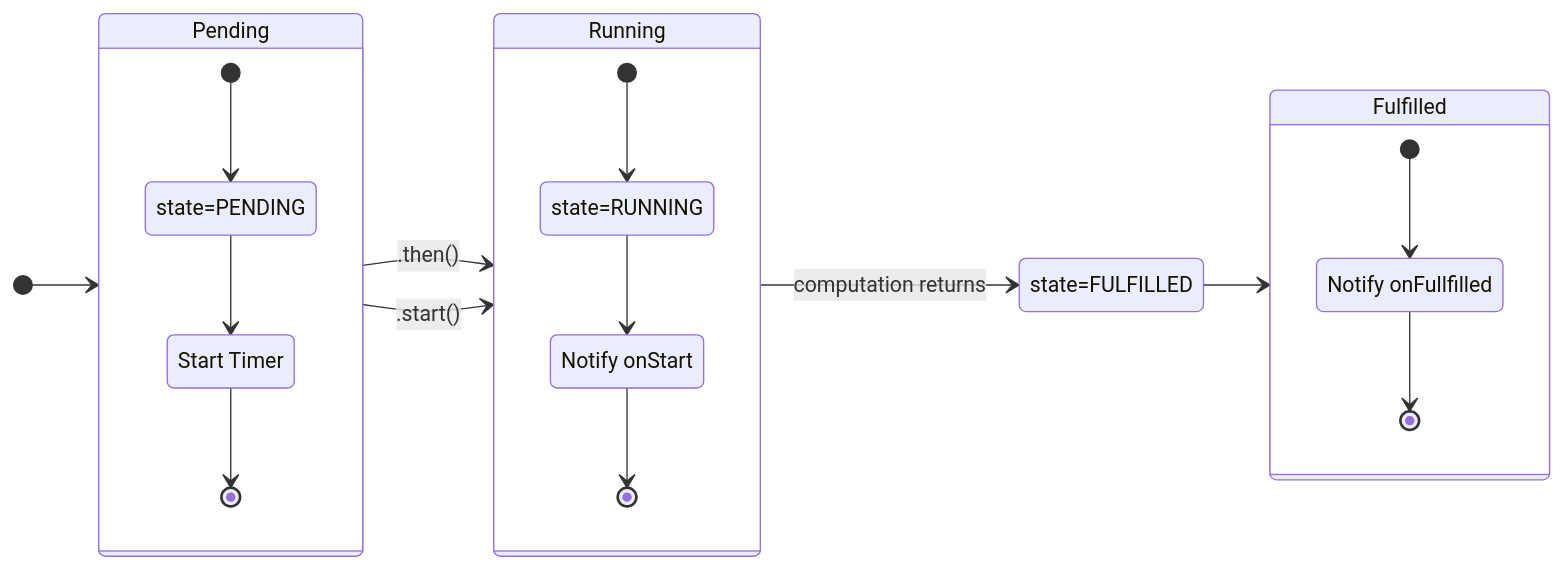
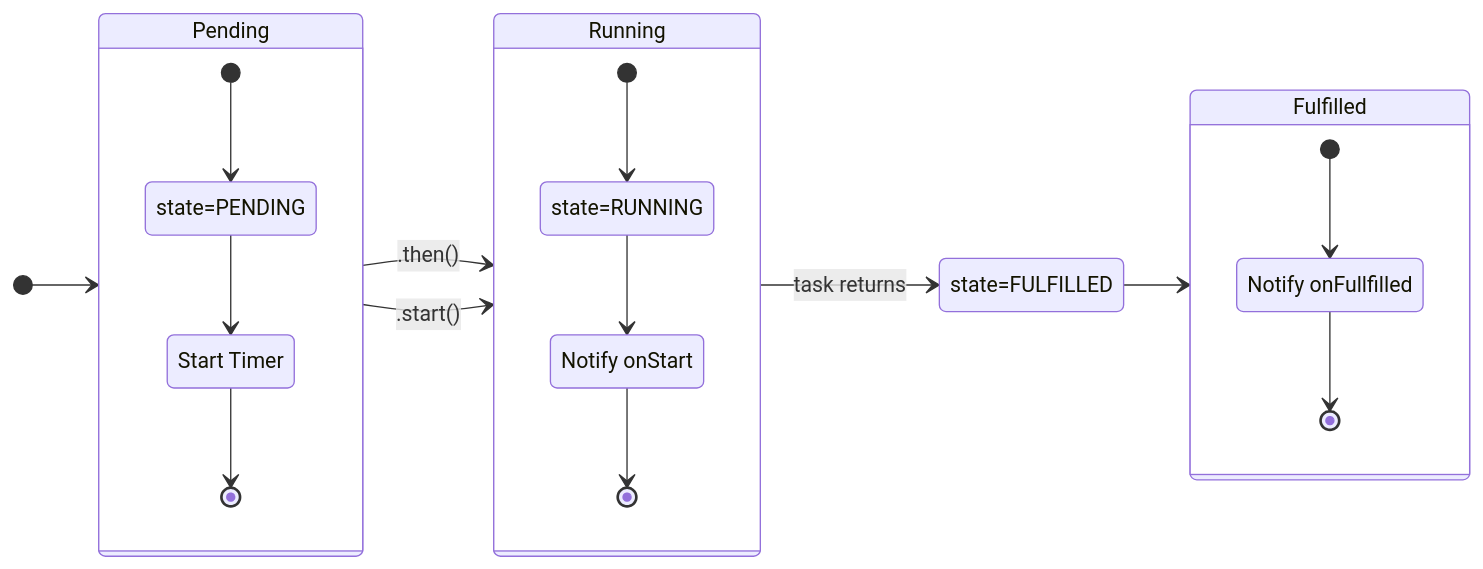
The diagram in src/images/resolve.mmd (BobKerns/better-future), drawn with Mermaid before and after one commit. The commit also changed 18 other files, not shown here.

Commit message:
Massive rename: computation -> task.

```diff
--- a/src/images/resolve.mmd
+++ b/src/images/resolve.mmd
@@ -1,27 +1,27 @@
 stateDiagram-v2
     direction LR
     [*] --> Pending
     Pending --> Running : .then()
     Pending --> Running : .start()
-    Running --> state=FULFILLED : computation returns
+    Running --> state=FULFILLED : task returns
     state=FULFILLED --> Fulfilled
 
     state Pending {
       [*] --> state=PENDING
       state=PENDING --> Timer
       Timer --> [*]
       Timer : Start Timer
     }
 
     state Running {
       [*] --> state=RUNNING
       state=RUNNING --> NotifyStarted
       NotifyStarted --> [*]
       NotifyStarted : Notify onStart
     }
 
     state Fulfilled {
       [*] --> NotifyFulfilled
       NotifyFulfilled --> [*]
       NotifyFulfilled : Notify onFullfilled
     }
```
